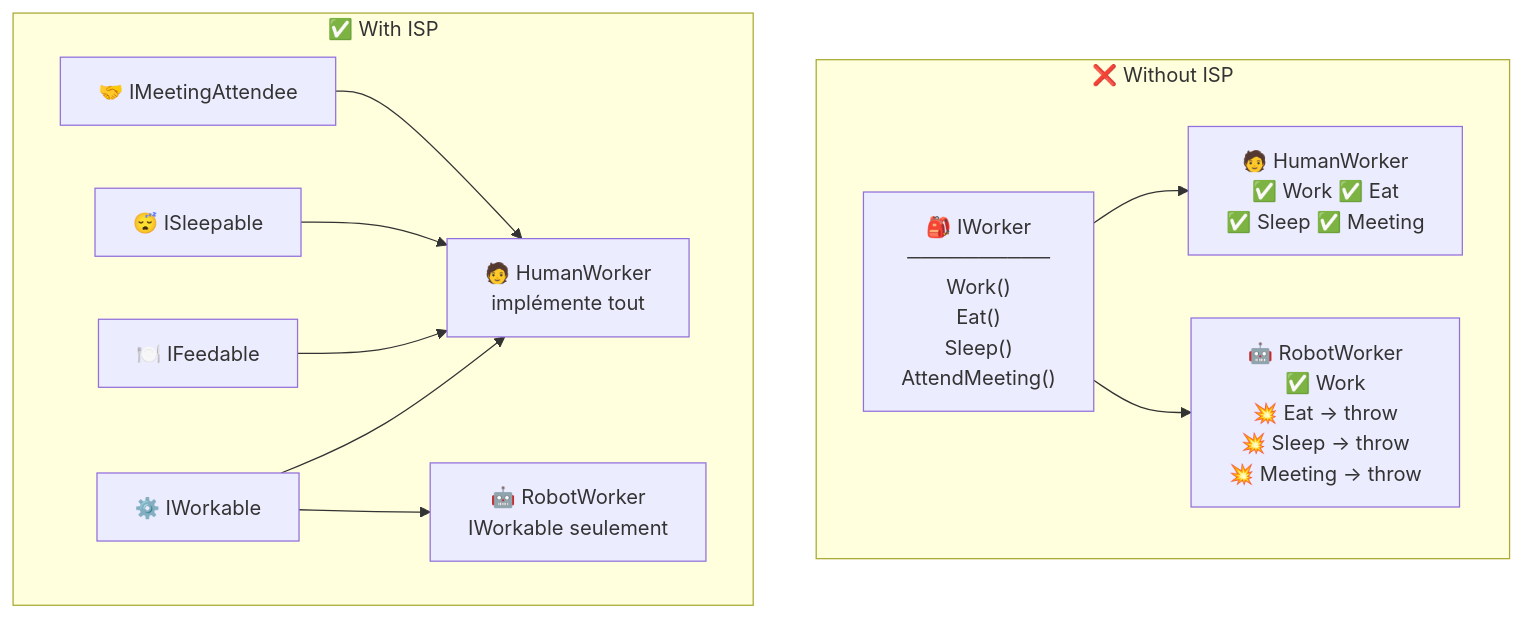
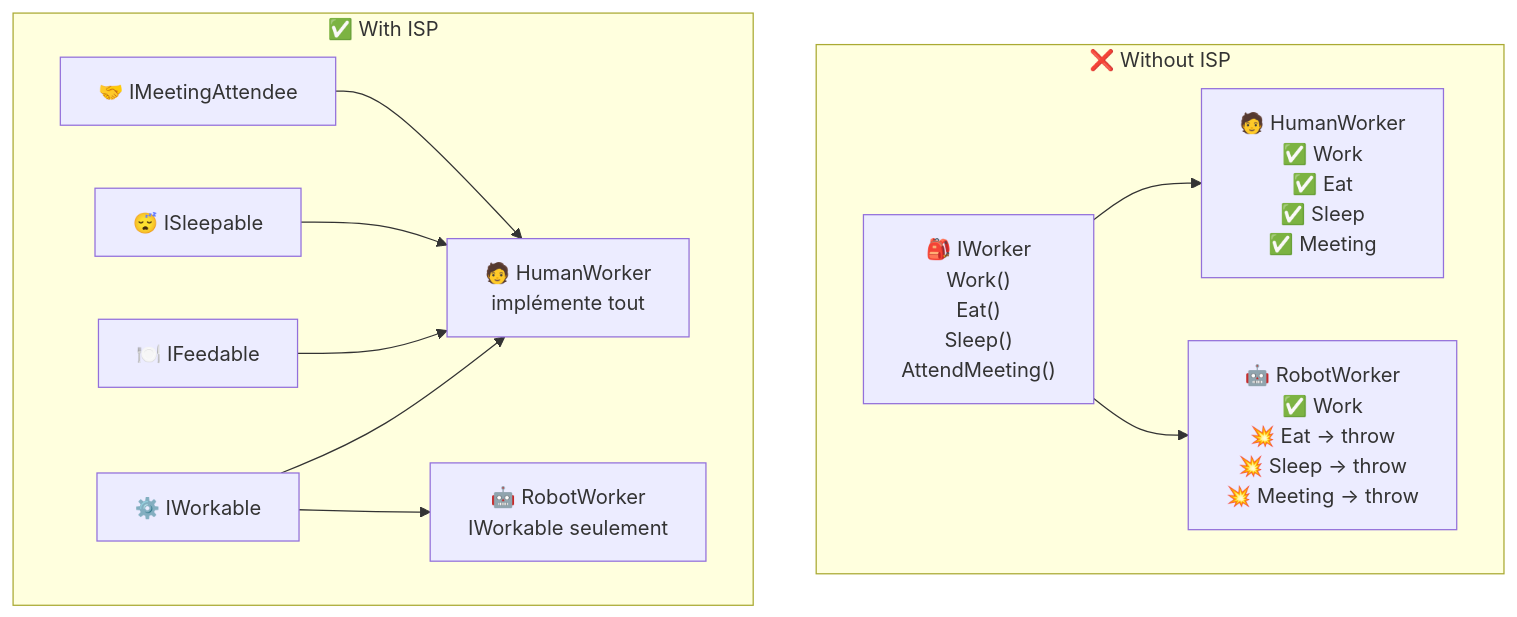
Before and after one commit to AnthonyDegroote/SoftwareCraftLab: the sixth of 8 diagrams in SOLID/README.FR.md, drawn with Mermaid.

Commit message:
Améliore la lisibilité du diagramme Mermaid ISP
Les capacités de HumanWorker sont maintenant affichées sur des lignes séparées dans le diagramme Mermaid, ce qui rend le diagramme plus clair et lisible.

````diff
--- a/SOLID/README.FR.md
+++ b/SOLID/README.FR.md
@@ -255,24 +255,24 @@
 ```mermaid
 graph TB
     subgraph "❌ Without ISP"
-        FAT["🎒 IWorker<br/>──────────<br/>Work()<br/>Eat()<br/>Sleep()<br/>AttendMeeting()"]
-        H1["🧑 HumanWorker<br/>✅ Work ✅ Eat<br/>✅ Sleep ✅ Meeting"]
+        FAT["🎒 IWorker<br/>Work()<br/>Eat()<br/>Sleep()<br/>AttendMeeting()"]
+        H1["🧑 HumanWorker<br/>✅ Work<br/>✅ Eat<br/>✅ Sleep<br/> ✅ Meeting"]
         R1["🤖 RobotWorker<br/>✅ Work<br/>💥 Eat → throw<br/>💥 Sleep → throw<br/>💥 Meeting → throw"]
         FAT --> H1
         FAT --> R1
     end
 
     subgraph "✅ With ISP"
         IW["⚙️ IWorkable"]
         IF2["🍽️ IFeedable"]
         IS["😴 ISleepable"]
         IM["🤝 IMeetingAttendee"]
         H2["🧑 HumanWorker<br/>implémente tout"]
         R2["🤖 RobotWorker<br/>IWorkable seulement"]
         IW --> H2
         IF2 --> H2
         IS --> H2
         IM --> H2
         IW --> R2
     end
 ```
````
